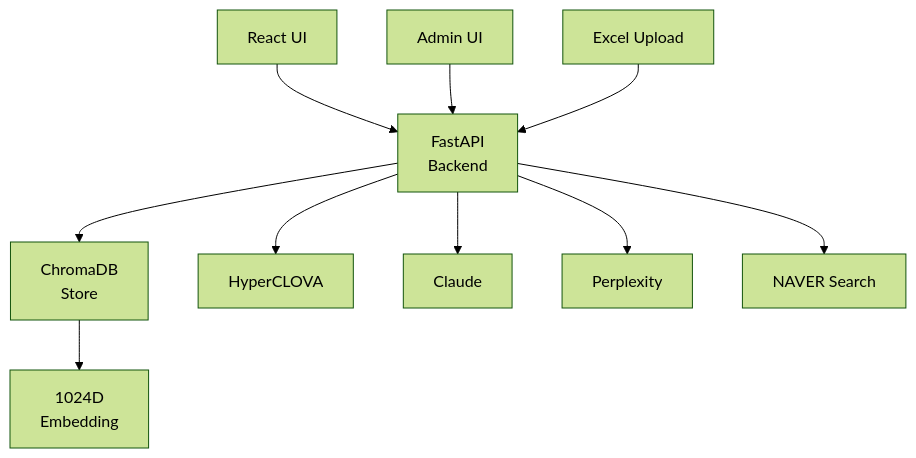
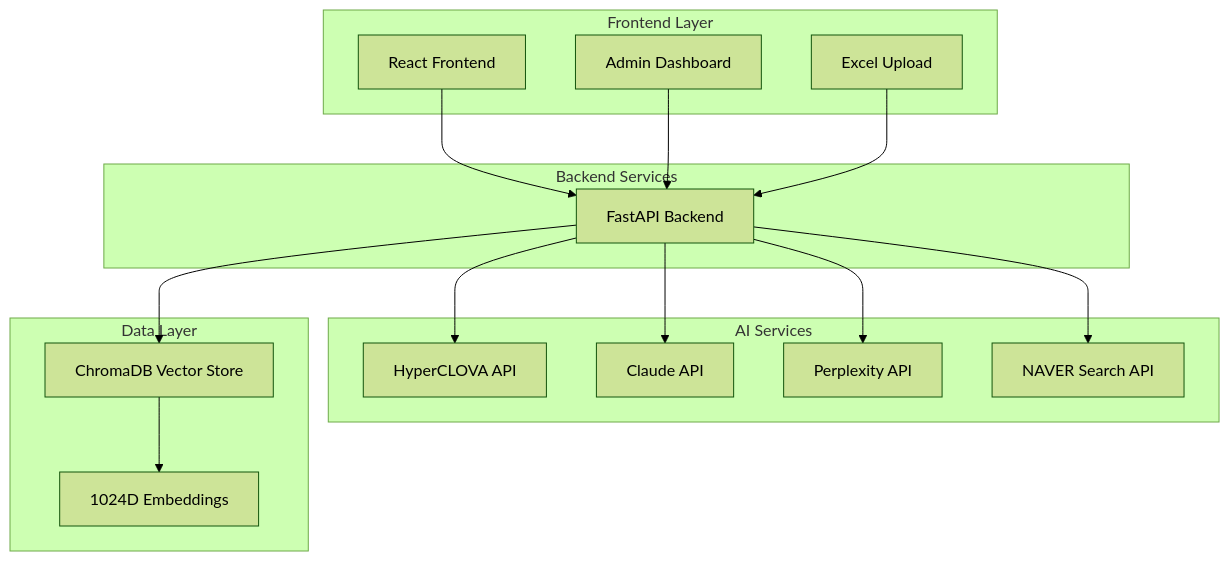
The diagram in README.md (IronhawkReigns/msp-evaluator), drawn with Mermaid (forest theme) before and after one commit.

````diff
--- a/README.md
+++ b/README.md
@@ -24,12 +24,34 @@
 ```mermaid
 graph TB
-    A[React UI] --> B[FastAPI<br/>Backend]
-    I[Admin UI] --> B
-    J[Excel Upload] --> B
-    B --> C[ChromaDB<br/>Store]
-    B --> D[HyperCLOVA]
-    B --> E[Claude]
-    B --> F[Perplexity]
-    B --> G[NAVER Search]
-    C --> H[1024D<br/>Embedding]
+    subgraph "Frontend Layer"
+        A[React Frontend]
+        I[Admin Dashboard]
+        J[Excel Upload]
+    end
+    
+    subgraph "Backend Services"
+        B[FastAPI Backend]
+    end
+    
+    subgraph "AI Services"
+        D[HyperCLOVA API]
+        E[Claude API]
+        F[Perplexity API]
+        G[NAVER Search API]
+    end
+    
+    subgraph "Data Layer"
+        C[ChromaDB Vector Store]
+        H[1024D Embeddings]
+    end
+    
+    A --> B
+    I --> B
+    J --> B
+    B --> C
+    B --> D
+    B --> E
+    B --> F
+    B --> G
+    C --> H
 ```
````
